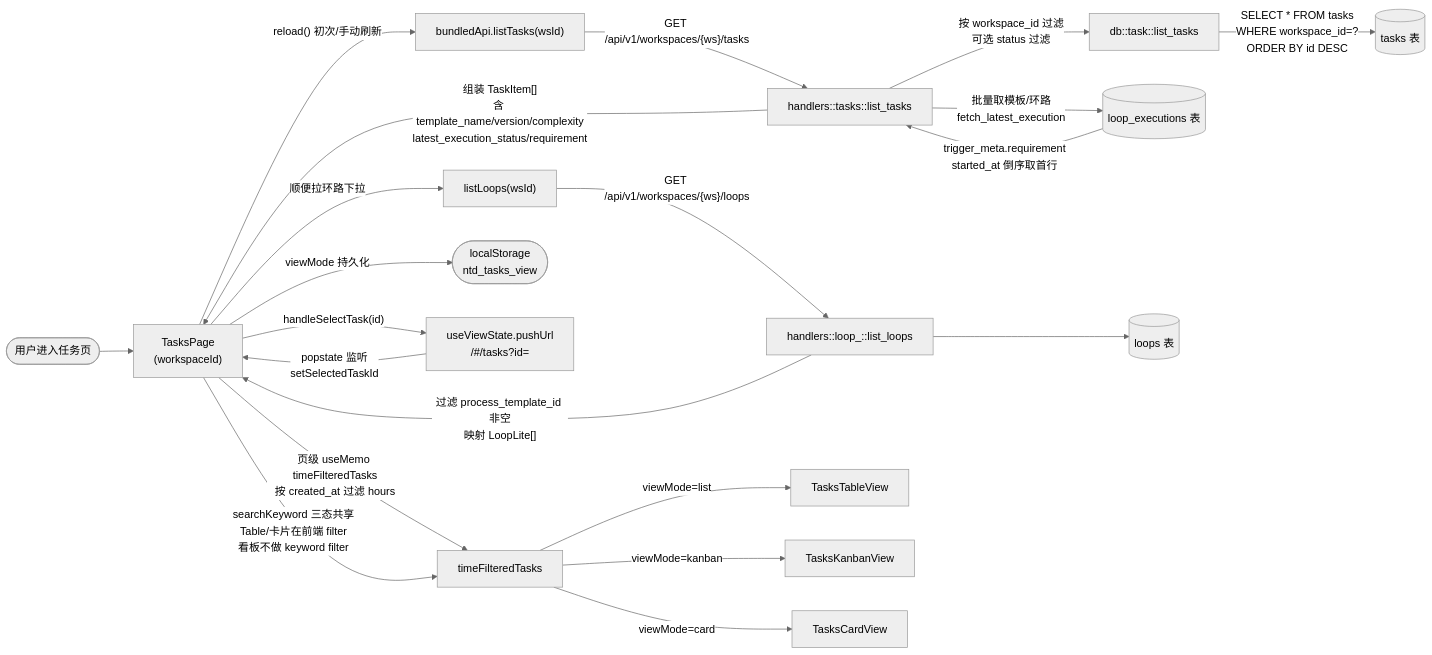
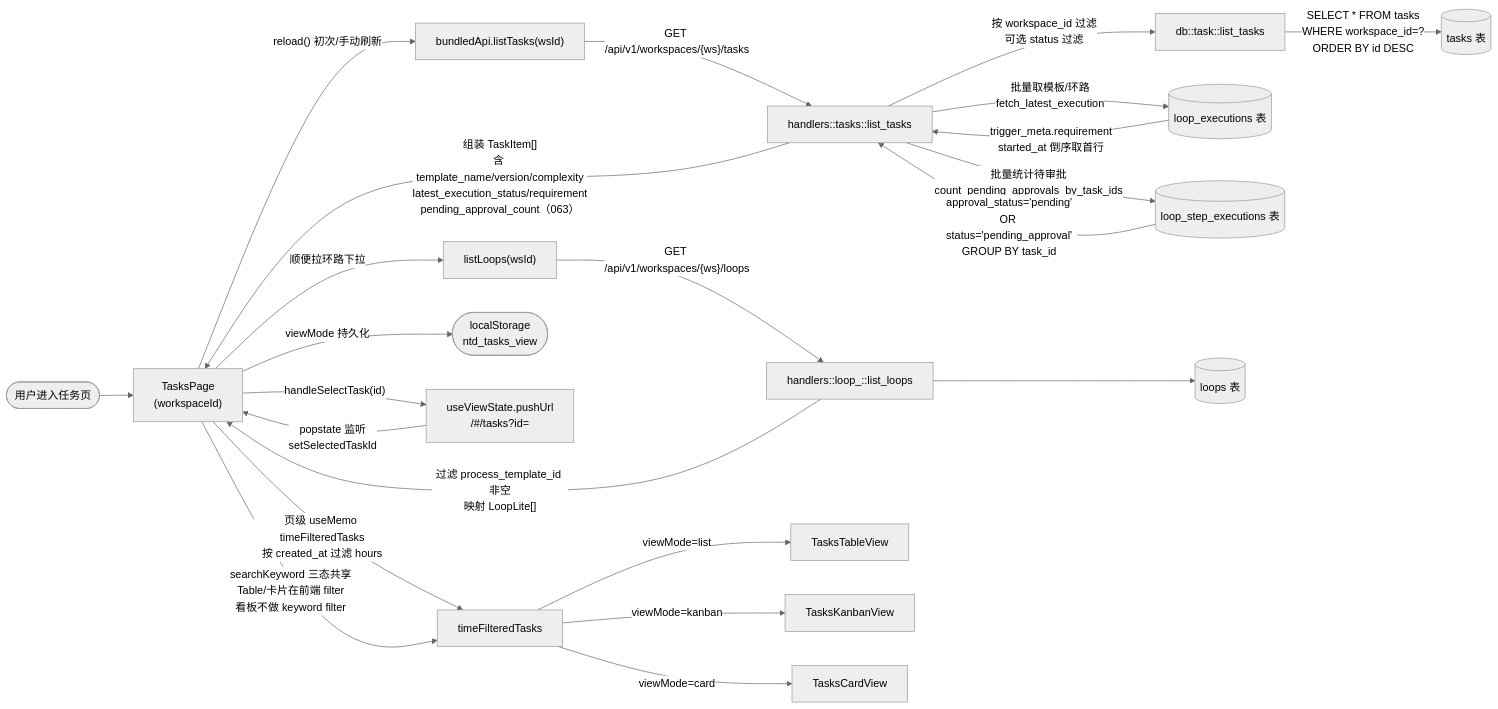
One commit to weibaohui/ntd changed the diagram in frontend/src/help/pages/tasks-list.md. Above: the diagram before and after it, drawn with Mermaid (neutral theme). The commit also changed other lines of this file and 12 other files, not shown here.

````diff
--- a/frontend/src/help/pages/tasks-list.md
+++ b/frontend/src/help/pages/tasks-list.md
@@ -17,23 +18,25 @@
 ```mermaid
 flowchart LR
   U([用户进入任务页]) --> Page["TasksPage<br/>(workspaceId)"]
   Page -->|"reload() 初次/手动刷新"| listTasks["bundledApi.listTasks(wsId)"]
   Page -->|"顺便拉环路下拉"| listLoops["listLoops(wsId)"]
   listTasks -->|"GET /api/v1/workspaces/{ws}/tasks"| list_tasks["handlers::tasks::list_tasks"]
   list_tasks -->|"按 workspace_id 过滤<br/>可选 status 过滤"| db_list["db::task::list_tasks"]
   db_list -->|"SELECT * FROM tasks<br/>WHERE workspace_id=?<br/>ORDER BY id DESC"| tasks_tbl[(tasks 表)]
   list_tasks -->|"批量取模板/环路<br/>fetch_latest_execution"| loop_exec_tbl[(loop_executions 表)]
   loop_exec_tbl -->|"trigger_meta.requirement<br/>started_at 倒序取首行"| list_tasks
-  list_tasks -->|"组装 TaskItem[]<br/>含 template_name/version/complexity<br/>latest_execution_status/requirement"| Page
+  list_tasks -->|"批量统计待审批<br/>count_pending_approvals_by_task_ids"| approvals[(loop_step_executions 表)]
+  approvals -->|"approval_status='pending'<br/>OR status='pending_approval'<br/>GROUP BY task_id"| list_tasks
+  list_tasks -->|"组装 TaskItem[]<br/>含 template_name/version/complexity<br/>latest_execution_status/requirement<br/>pending_approval_count（063）"| Page
   listLoops -->|"GET /api/v1/workspaces/{ws}/loops"| list_loops["handlers::loop_::list_loops"]
   list_loops --> loops_tbl[(loops 表)]
   list_loops -->|"过滤 process_template_id 非空<br/>映射 LoopLite[]"| Page
   Page -->|"页级 useMemo timeFilteredTasks<br/>按 created_at 过滤 hours"| filtered["timeFilteredTasks"]
   Page -->|"searchKeyword 三态共享<br/>Table/卡片在前端 filter<br/>看板不做 keyword filter"| filtered
   filtered -->|"viewMode=list"| view_table["TasksTableView"]
   filtered -->|"viewMode=kanban"| view_kanban["TasksKanbanView"]
   filtered -->|"viewMode=card"| view_card["TasksCardView"]
   Page -->|"viewMode 持久化"| ls([localStorage<br/>ntd_tasks_view])
   Page -->|"handleSelectTask(id)"| hash["useViewState.pushUrl<br/>/#/tasks?id=<id>"]
   hash -->|"popstate 监听<br/>setSelectedTaskId"| Page
 ```
````
